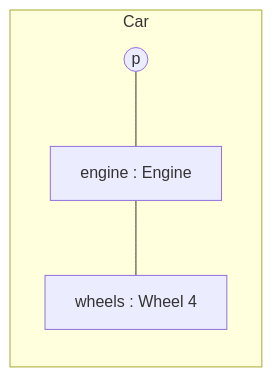
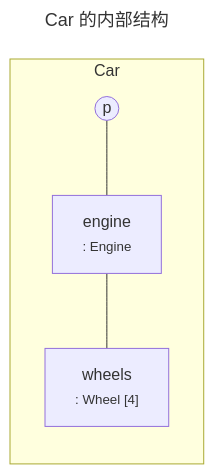
Before and after one commit to huang-hee/diagram-kit: the eighth of 9 diagrams in references/types-modeling.md, drawn with Mermaid. The commit also changed other lines of this file and 248 other files, not shown here.

First line of the commit message:
feat: 示例按统一风格重做，补齐 42 张 drawio 整图示例，默认工具改为 drawio

````diff
--- a/references/types-modeling.md
+++ b/references/types-modeling.md
@@ -331,11 +349,14 @@
 ```mermaid
+---
+title: Car 的内部结构
+---
 flowchart LR
   subgraph CAR[Car]
-    E[engine : Engine]:::part
-    W[wheels : Wheel 4]:::part
+    E["engine<br><small>: Engine</small>"]:::part
+    W["wheels<br><small>: Wheel [4]</small>"]:::part
     P1((p)):::port
   end
   E --- W
   P1 --- E
   class CAR frame
 ```
````
